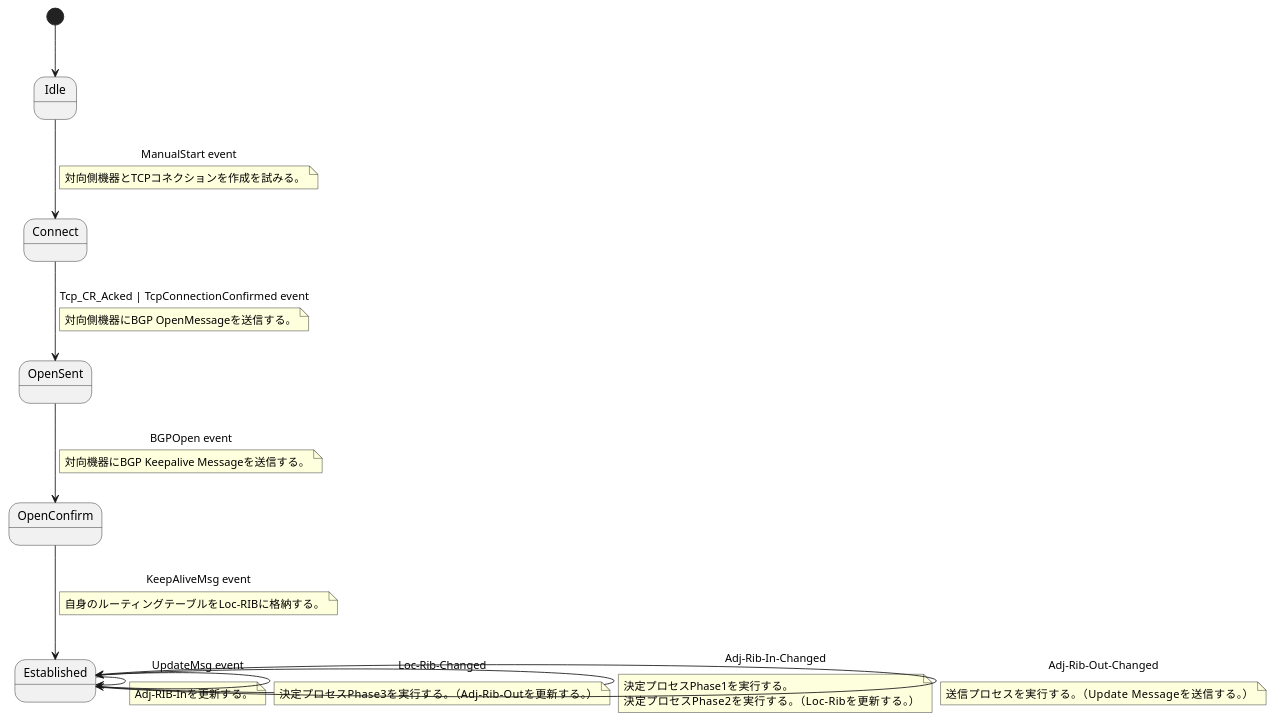
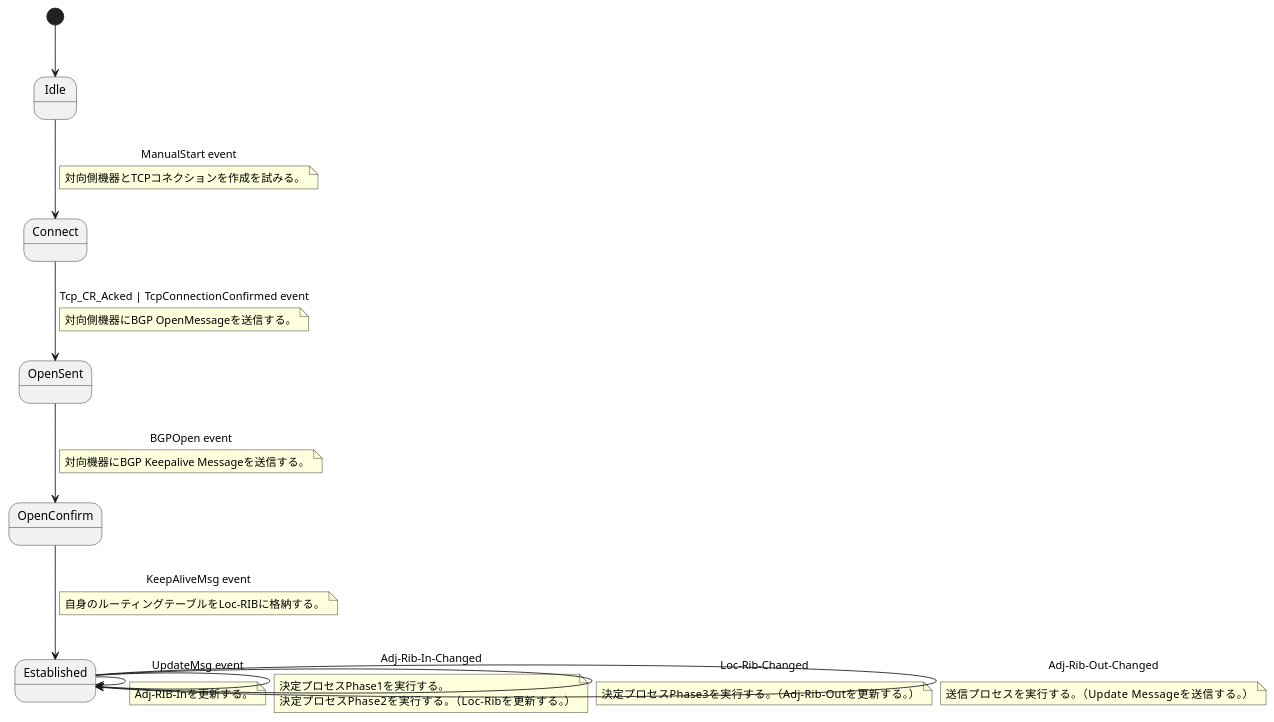
One commit to Miyoshi-Ryota/how-to-create-bgp changed the fourth of 4 diagrams in howtocreatebgpd.adoc. Above: the diagram before and after it, drawn with PlantUML. The commit also changed 3 other files, not shown here.

```diff
--- a/howtocreatebgpd.adoc
+++ b/howtocreatebgpd.adoc
@@ -2661,55 +2661,55 @@
 [plantuml,title="Update Messageの送信プロセス"]
 ----
 @startuml
 
 state Idle
 state Connect
 state OpenConfirm
 state OpenSent
 state Established
 
 [*] --> Idle
 Idle --> Connect : ManualStart event
 note on link
    対向側機器とTCPコネクションを作成を試みる。
 end note
 
 Connect --> OpenSent : Tcp_CR_Acked | TcpConnectionConfirmed event
 note on link
    対向側機器にBGP OpenMessageを送信する。
 end note
 
 OpenSent --> OpenConfirm : BGPOpen event
 note on link
     対向機器にBGP Keepalive Messageを送信する。
 end note
 
 OpenConfirm --> Established : KeepAliveMsg event
 note on link
 自身のルーティングテーブルをLoc-RIBに格納する。
 end note
 
-Established -right-> Established : UpdateMsg event
+Established --> Established : UpdateMsg event
 note on link
 Adj-RIB-Inを更新する。
 end note
 
-Established -down-> Established : Adj-Rib-In-Changed
+Established --> Established : Adj-Rib-In-Changed
 note on link
 決定プロセスPhase1を実行する。
 決定プロセスPhase2を実行する。（Loc-Ribを更新する。）
 end note
 
-Established -left-> Established : Loc-Rib-Changed
+Established --> Established : Loc-Rib-Changed
 note on link
 決定プロセスPhase3を実行する。（Adj-Rib-Outを更新する。）
 end note
 
-Established -up-> Established : Adj-Rib-Out-Changed
+Established --> Established : Adj-Rib-Out-Changed
 note on link
 送信プロセスを実行する。（Update Messageを送信する。）
 end note
 
 
 @enduml
 ----
```
